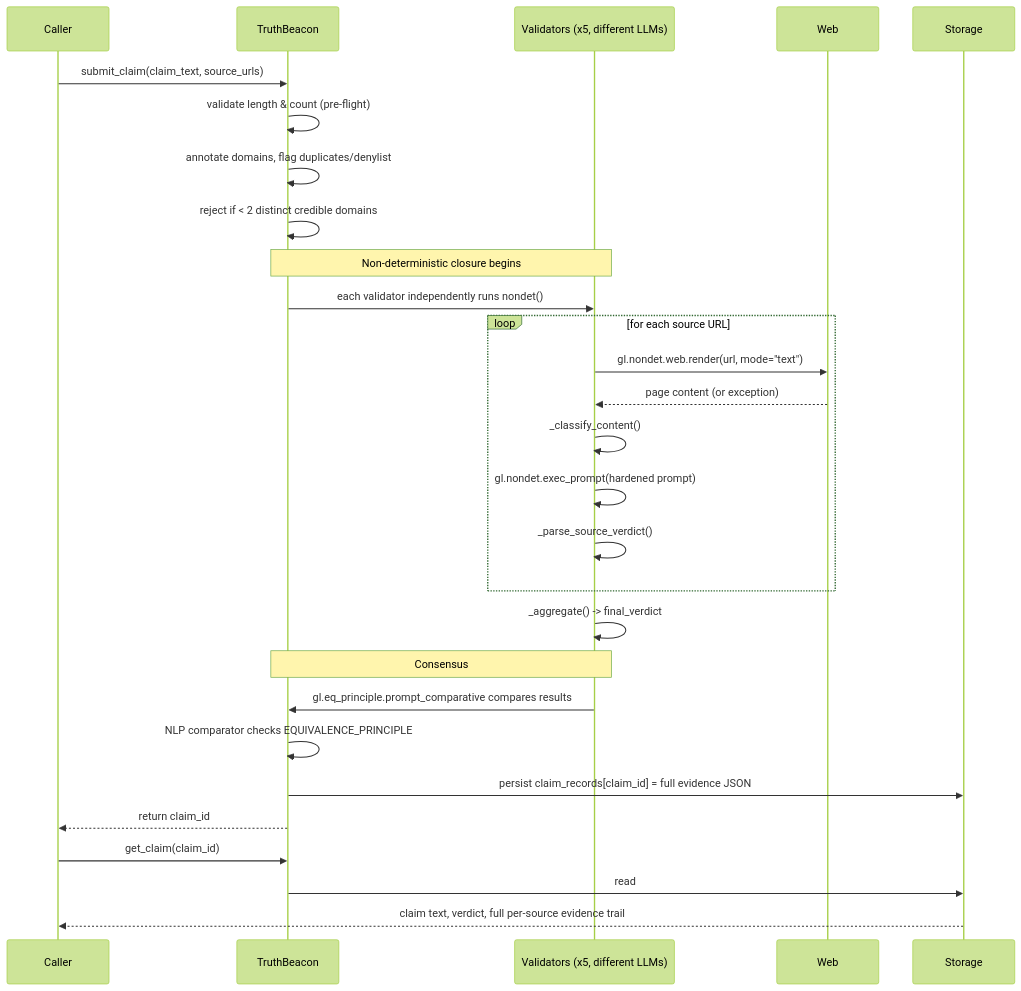
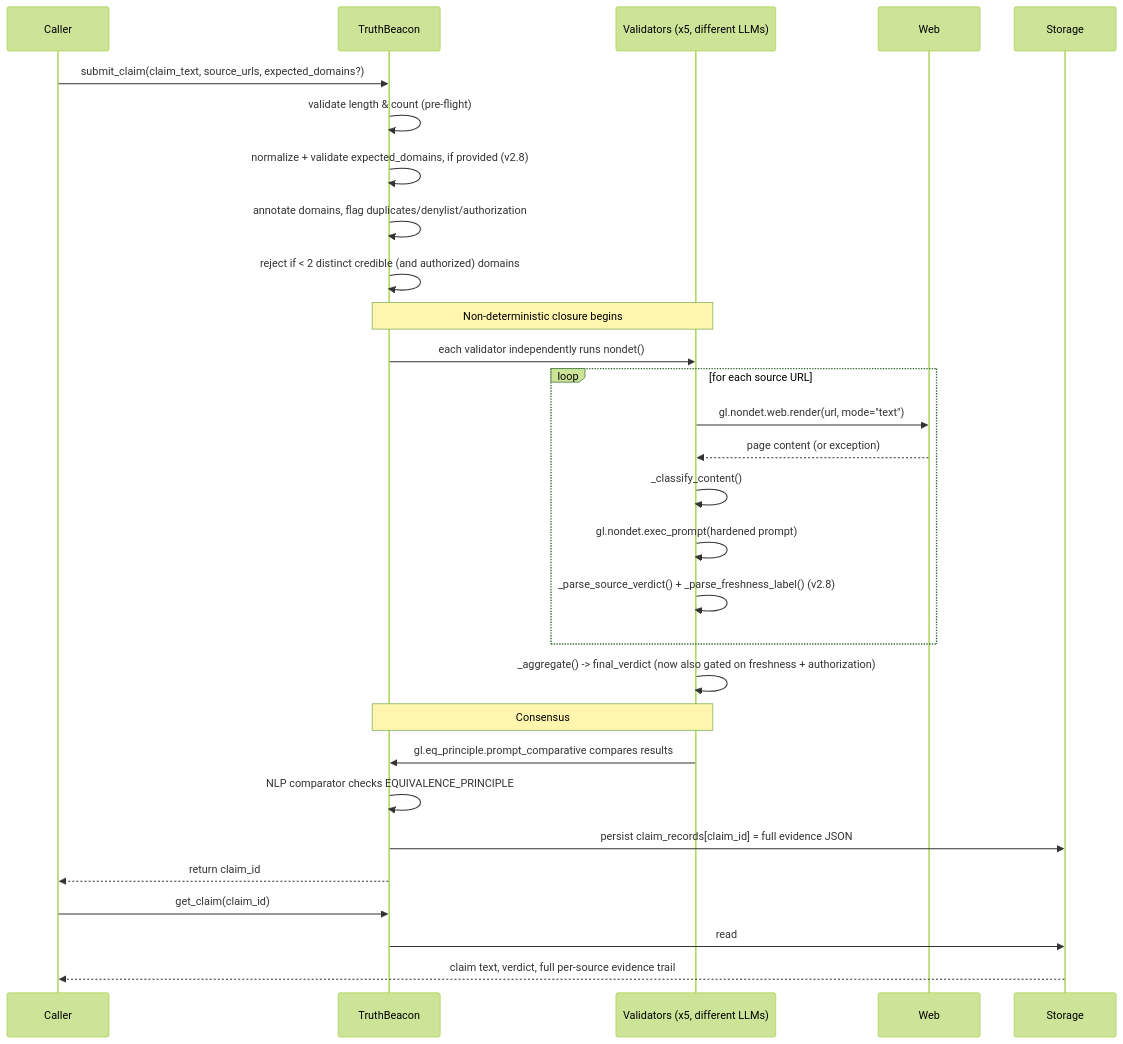
One commit to 123Cryp/genlayer-truthbeacon changed the third of 4 diagrams in ARCHITECTURE.md. Above: the diagram before and after it, drawn with Mermaid (forest theme). The commit also changed other lines of this file and 5 other files, not shown here.

````diff
--- a/ARCHITECTURE.md
+++ b/ARCHITECTURE.md
@@ -101,35 +107,36 @@
 ```mermaid
 sequenceDiagram
     participant U as Caller
     participant C as TruthBeacon
     participant V as Validators (x5, different LLMs)
     participant W as Web
     participant S as Storage
 
-    U->>C: submit_claim(claim_text, source_urls)
+    U->>C: submit_claim(claim_text, source_urls, expected_domains?)
     C->>C: validate length & count (pre-flight)
-    C->>C: annotate domains, flag duplicates/denylist
-    C->>C: reject if < 2 distinct credible domains
+    C->>C: normalize + validate expected_domains, if provided (v2.8)
+    C->>C: annotate domains, flag duplicates/denylist/authorization
+    C->>C: reject if < 2 distinct credible (and authorized) domains
 
     Note over C,V: Non-deterministic closure begins
     C->>V: each validator independently runs nondet()
     loop for each source URL
         V->>W: gl.nondet.web.render(url, mode="text")
         W-->>V: page content (or exception)
         V->>V: _classify_content()
         V->>V: gl.nondet.exec_prompt(hardened prompt)
-        V->>V: _parse_source_verdict()
+        V->>V: _parse_source_verdict() + _parse_freshness_label() (v2.8)
     end
-    V->>V: _aggregate() -> final_verdict
+    V->>V: _aggregate() -> final_verdict (now also gated on freshness + authorization)
 
     Note over C,V: Consensus
     V->>C: gl.eq_principle.prompt_comparative compares results
     C->>C: NLP comparator checks EQUIVALENCE_PRINCIPLE
 
     C->>S: persist claim_records[claim_id] = full evidence JSON
     C-->>U: return claim_id
 
     U->>C: get_claim(claim_id)
     C->>S: read
     S-->>U: claim text, verdict, full per-source evidence trail
 ```
````
